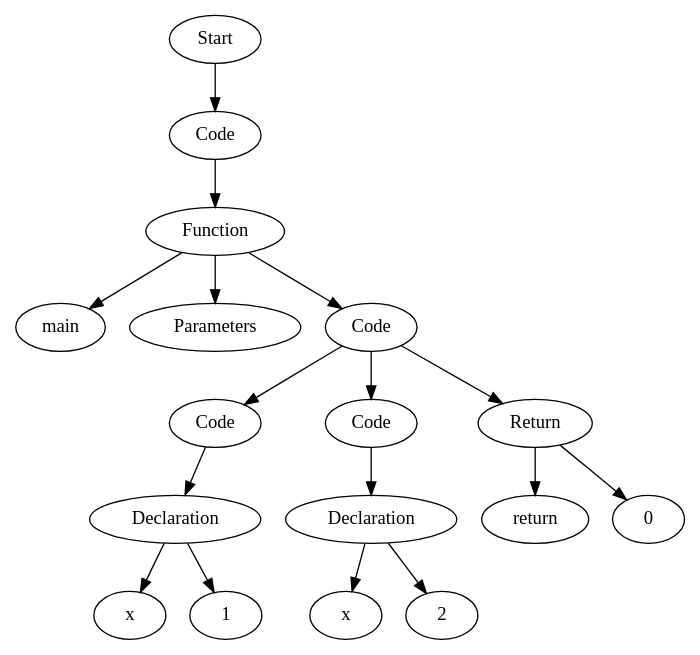
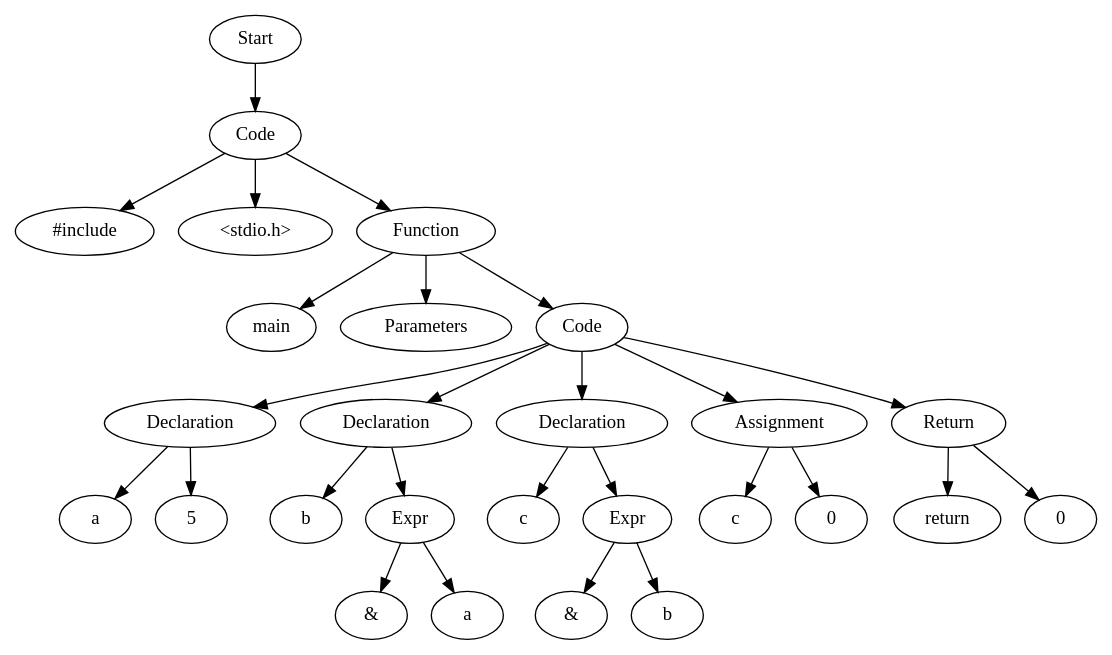
One commit to Are-you-listening/Compilers changed the diagram in TestCases/ASTTests/SemanticErrorsTests/createTests/read_file_before.dot. Above: the diagram before and after it, drawn with Graphviz. The commit also changed 12 other files, not shown here.

```diff
--- a/TestCases/ASTTests/SemanticErrorsTests/createTests/read_file_before.dot
+++ b/TestCases/ASTTests/SemanticErrorsTests/createTests/read_file_before.dot
@@ -1,35 +1,55 @@
 digraph AST {
-  "126005219096512" [label="Start"];
-  "126005219096512" -> "126005219094112";
-  "126005219094112" [label="Code"];
-  "126005219094112" -> "126005219087632";
-  "126005219087632" [label="Function"];
-  "126005219087632" -> "126005219093824";
-  "126005219087632" -> "126005219084368";
-  "126005219087632" -> "126005219096368";
-  "126005219093824" [label="main"];
-  "126005219084368" [label="Parameters"];
-  "126005219096368" [label="Code"];
-  "126005219096368" -> "126005219089024";
-  "126005219096368" -> "126005219096608";
-  "126005219096368" -> "126005219093632";
-  "126005219089024" [label="Code"];
-  "126005219089024" -> "126005219096752";
-  "126005219096752" [label="Declaration"];
-  "126005219096752" -> "126005219097328";
-  "126005219096752" -> "126005219095888";
-  "126005219097328" [label="x"];
-  "126005219095888" [label="1"];
-  "126005219096608" [label="Code"];
-  "126005219096608" -> "126005219094880";
-  "126005219094880" [label="Declaration"];
-  "126005219094880" -> "126005219082304";
-  "126005219094880" -> "126005219091376";
-  "126005219082304" [label="x"];
-  "126005219091376" [label="2"];
-  "126005219093632" [label="Return"];
-  "126005219093632" -> "126005219091280";
-  "126005219093632" -> "126005219093344";
-  "126005219091280" [label="return"];
-  "126005219093344" [label="0"];
+  "129308506107152" [label="Start"];
+  "129308506107152" -> "129308506106624";
+  "129308506106624" [label="Code"];
+  "129308506106624" -> "129308506105568";
+  "129308506106624" -> "129308506097936";
+  "129308506106624" -> "129308506110464";
+  "129308506105568" [label="#include"];
+  "129308506097936" [label="<stdio.h>"];
+  "129308506110464" [label="Function"];
+  "129308506110464" -> "129308506109792";
+  "129308506110464" -> "129308506100240";
+  "129308506110464" -> "129308506095728";
+  "129308506109792" [label="main"];
+  "129308506100240" [label="Parameters"];
+  "129308506095728" [label="Code"];
+  "129308506095728" -> "129308506102400";
+  "129308506095728" -> "129308506101920";
+  "129308506095728" -> "129308506098464";
+  "129308506095728" -> "129308506107200";
+  "129308506095728" -> "129308506096736";
+  "129308506102400" [label="Declaration"];
+  "129308506102400" -> "129308506099280";
+  "129308506102400" -> "129308506109216";
+  "129308506099280" [label="a"];
+  "129308506109216" [label="5"];
+  "129308506101920" [label="Declaration"];
+  "129308506101920" -> "129308506107728";
+  "129308506101920" -> "129308506109648";
+  "129308506107728" [label="b"];
+  "129308506109648" [label="Expr"];
+  "129308506109648" -> "129308506101680";
+  "129308506109648" -> "129308506109504";
+  "129308506101680" [label="&"];
+  "129308506109504" [label="a"];
+  "129308506098464" [label="Declaration"];
+  "129308506098464" -> "129308506104704";
+  "129308506098464" -> "129308506096064";
+  "129308506104704" [label="c"];
+  "129308506096064" [label="Expr"];
+  "129308506096064" -> "129308506110704";
+  "129308506096064" -> "129308506097552";
+  "129308506110704" [label="&"];
+  "129308506097552" [label="b"];
+  "129308506107200" [label="Assignment"];
+  "129308506107200" -> "129308506100096";
+  "129308506107200" -> "129308506099760";
+  "129308506100096" [label="c"];
+  "129308506099760" [label="0"];
+  "129308506096736" [label="Return"];
+  "129308506096736" -> "129308506106000";
+  "129308506096736" -> "129308506100768";
+  "129308506106000" [label="return"];
+  "129308506100768" [label="0"];
 }
```
